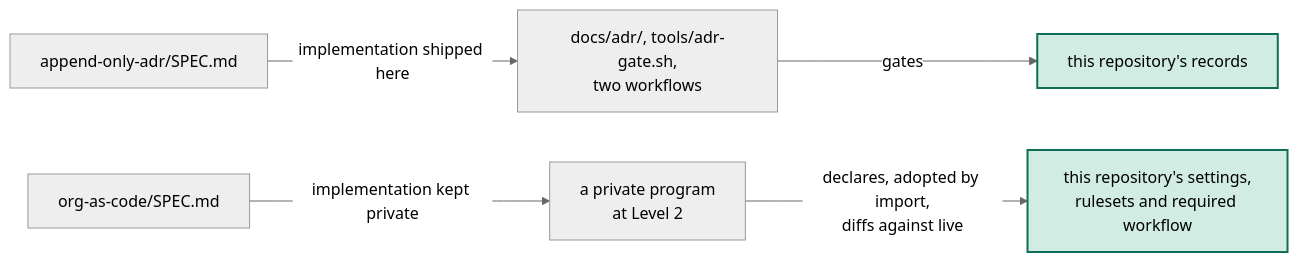
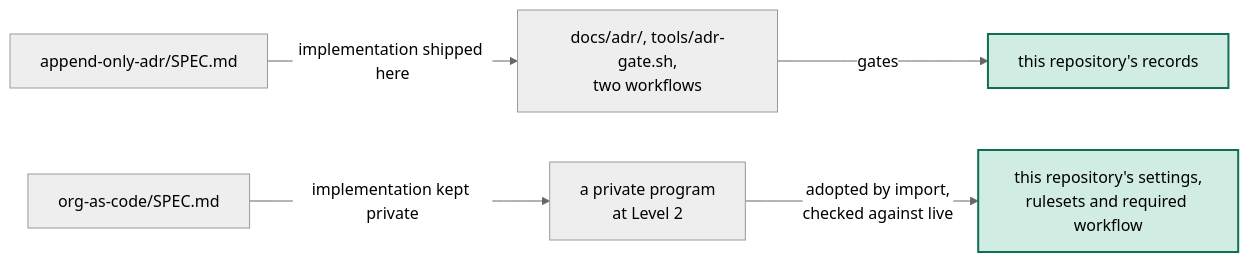
One commit to perimetercompute/specs changed the diagram in docs/adr/20261016-organizations-as-code-is-published-and-this-repository-demonstrates-it-as-a-governed-resource.md. Above: the diagram before and after it, drawn with Mermaid (neutral theme). The commit also changed other lines of this file and 3 other files, not shown here.

````diff
--- a/docs/adr/20261016-organizations-as-code-is-published-and-this-repository-demonstrates-it-as-a-governed-resource.md
+++ b/docs/adr/20261016-organizations-as-code-is-published-and-this-repository-demonstrates-it-as-a-governed-resource.md
@@ -50,9 +57,9 @@
 ```mermaid
 flowchart LR
     adr["append-only-adr/SPEC.md"] -- "implementation shipped here" --> gate["docs/adr/, tools/adr-gate.sh,<br/>two workflows"]
     gate -- "gates" --> own["this repository's records"]
     org["org-as-code/SPEC.md"] -- "implementation kept private" --> prog["a private program<br/>at Level 2"]
-    prog -- "declares, adopted by import,<br/>diffs against live" --> repo["this repository's settings,<br/>rulesets and required workflow"]
+    prog -- "adopted by import,<br/>checked against live" --> repo["this repository's settings,<br/>rulesets and required workflow"]
     classDef frozen fill:#1d9e7533,stroke:#0f6e56,stroke-width:2px
     class own,repo frozen
 ```
````
